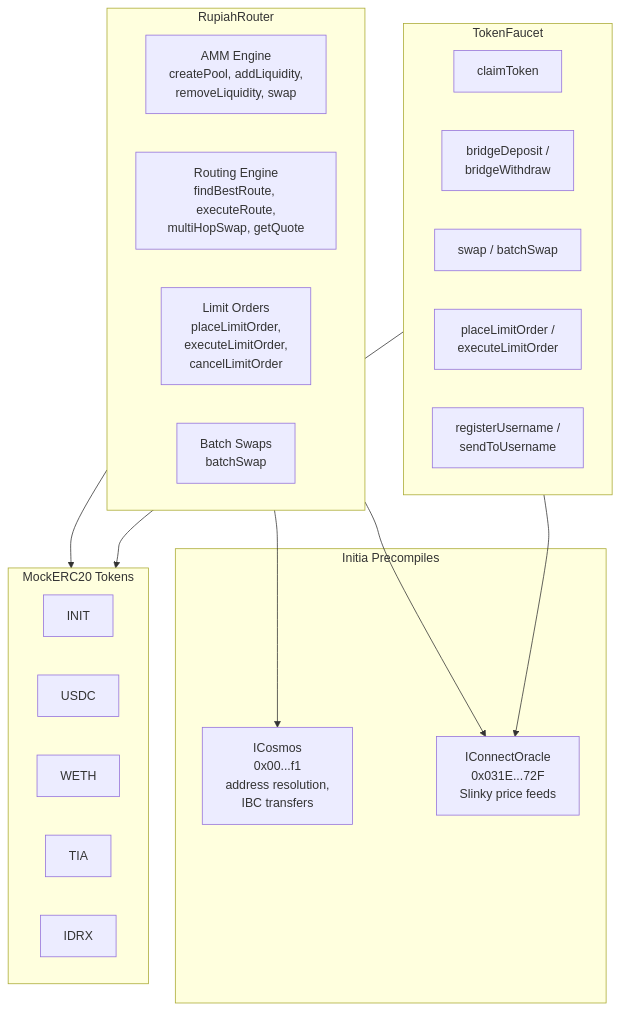
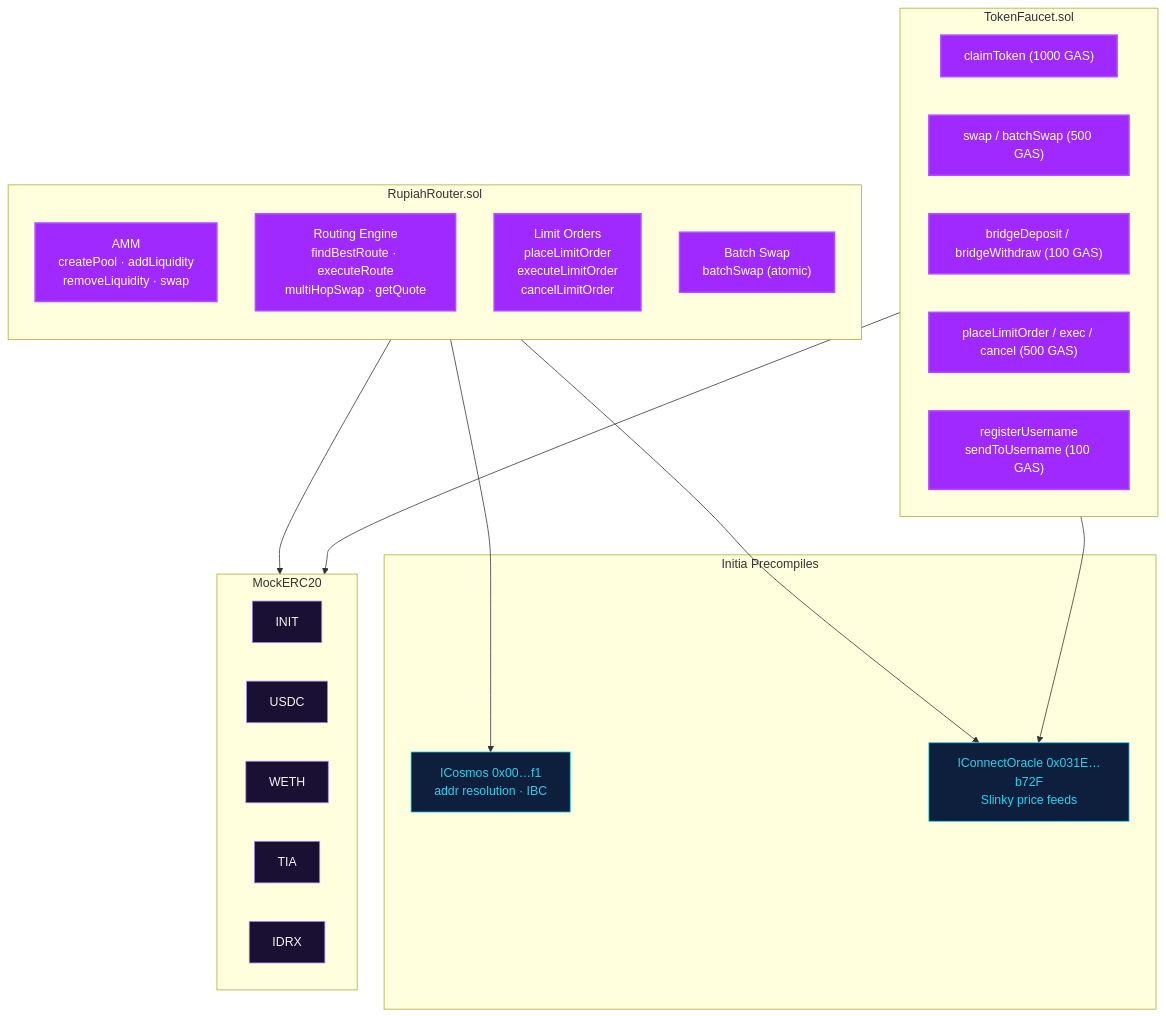
One commit to EzraNahumury/initia changed the first of 9 diagrams in sc_RupiahRote/README.md. Above: the diagram before and after it, drawn with Mermaid. The commit also changed other lines of this file and 4 other files, not shown here.

````diff
--- a/sc_RupiahRote/README.md
+++ b/sc_RupiahRote/README.md
@@ -34,32 +74,44 @@
 ```mermaid
 graph TB
-    subgraph Router["RupiahRouter"]
-        AMM["AMM Engine<br/>createPool, addLiquidity,<br/>removeLiquidity, swap"]
-        Routing["Routing Engine<br/>findBestRoute, executeRoute,<br/>multiHopSwap, getQuote"]
-        Limits["Limit Orders<br/>placeLimitOrder,<br/>executeLimitOrder,<br/>cancelLimitOrder"]
-        Batch["Batch Swaps<br/>batchSwap"]
+    subgraph Router["RupiahRouter.sol"]
+        direction TB
+        AMM["AMM<br/>createPool · addLiquidity<br/>removeLiquidity · swap"]
+        ROUTE["Routing Engine<br/>findBestRoute · executeRoute<br/>multiHopSwap · getQuote"]
+        LIM["Limit Orders<br/>placeLimitOrder<br/>executeLimitOrder<br/>cancelLimitOrder"]
+        BATCH["Batch Swap<br/>batchSwap (atomic)"]
     end
 
-    subgraph Faucet["TokenFaucet"]
-        Claim["claimToken"]
-        BridgeSim["bridgeDeposit /<br/>bridgeWithdraw"]
-        SwapSim["swap / batchSwap"]
-        LimitSim["placeLimitOrder /<br/>executeLimitOrder"]
-        Username["registerUsername /<br/>sendToUsername"]
+    subgraph Faucet["TokenFaucet.sol"]
+        CLAIM["claimToken (1000 GAS)"]
+        FSWAP["swap / batchSwap (500 GAS)"]
+        BRG["bridgeDeposit / bridgeWithdraw (100 GAS)"]
+        FLIM["placeLimitOrder / exec / cancel (500 GAS)"]
+        USER["registerUsername<br/>sendToUsername (100 GAS)"]
     end
 
-    subgraph Precompiles["Initia Precompiles"]
-        Cosmos["ICosmos<br/>0x00...f1<br/>address resolution,<br/>IBC transfers"]
-        Oracle["IConnectOracle<br/>0x031E...72F<br/>Slinky price feeds"]
+    subgraph Initia["Initia Precompiles"]
+        COS["ICosmos 0x00…f1<br/>addr resolution · IBC"]
+        ORA["IConnectOracle 0x031E…b72F<br/>Slinky price feeds"]
     end
 
-    subgraph Tokens["MockERC20 Tokens"]
-        INIT & USDC & WETH & TIA & IDRX
+    subgraph Tokens["MockERC20"]
+        T1[INIT]
+        T2[USDC]
+        T3[WETH]
+        T4[TIA]
+        T5[IDRX]
     end
 
     Router --> Tokens
-    Router --> Oracle
-    Router --> Cosmos
+    Router --> ORA
+    Router --> COS
     Faucet --> Tokens
-    Faucet --> Oracle
+    Faucet --> ORA
+
+    classDef r fill:#9f29ff,color:#fff,stroke:#b44dff,stroke-width:2px
+    classDef pc fill:#0d1f3c,color:#22d3ee,stroke:#22d3ee
+    classDef tk fill:#1a1033,color:#f5f5f5,stroke:#a78bfa
+    class AMM,ROUTE,LIM,BATCH,CLAIM,FSWAP,BRG,FLIM,USER r
+    class COS,ORA pc
+    class T1,T2,T3,T4,T5 tk
 ```
````
